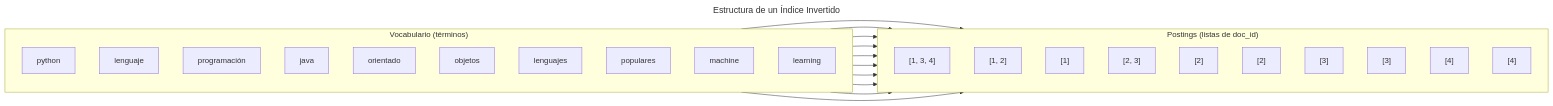
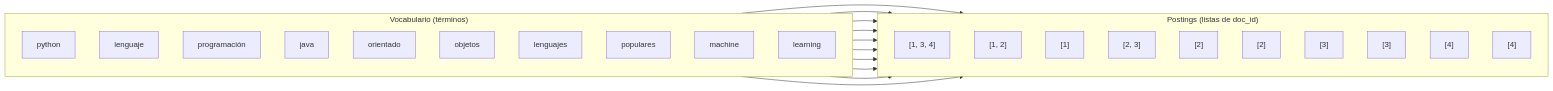
Before and after one commit to untref-edd/apuntes: the first of 2 diagrams in contenidos/3-recuperacion-de-la-informacion/3-9-indices-invertidos.md, drawn with Mermaid. The commit also changed other lines of this file and 33 other files, not shown here.

````diff
--- a/contenidos/3-recuperacion-de-la-informacion/3-9-indices-invertidos.md
+++ b/contenidos/3-recuperacion-de-la-informacion/3-9-indices-invertidos.md
@@ -146,48 +146,47 @@
 ```{mermaid}
 ---
 name: indice-invertido-matriz
-title: Estructura de un Índice Invertido
 ---
 %%{init: {'flowchart': {'nodeSpacing': 0, 'rankSpacing': 0, 'useMaxWidth': true}}}%%
 flowchart LR
 
   subgraph Vocabulario["Vocabulario (términos)"]
     direction TB
     T_PY["python"]
     T_LENG["lenguaje"]
     T_PROG["programación"]
     T_JAVA["java"]
     T_ORIENT["orientado"]
     T_OBJ["objetos"]
     T_LENGS["lenguajes"]
     T_POP["populares"]
     T_MACHINE["machine"]
     T_LEARN["learning"]
   end
 
   subgraph Postings["Postings (listas de doc_id)"]
     direction TB
     P_PY["[1, 3, 4]"]
     P_LENG["[1, 2]"]
     P_PROG["[1]"]
     P_JAVA["[2, 3]"]
     P_ORIENT["[2]"]
     P_OBJ["[2]"]
     P_LENGS["[3]"]
     P_POP["[3]"]
     P_MACHINE["[4]"]
     P_LEARN["[4]"]
   end
 
   %% Relaciones: vocabulario → postings
   T_PY --> P_PY
   T_LENG --> P_LENG
   T_PROG --> P_PROG
   T_JAVA --> P_JAVA
   T_ORIENT --> P_ORIENT
   T_OBJ --> P_OBJ
   T_LENGS --> P_LENGS
   T_POP --> P_POP
   T_MACHINE --> P_MACHINE
   T_LEARN --> P_LEARN
 ```
````
